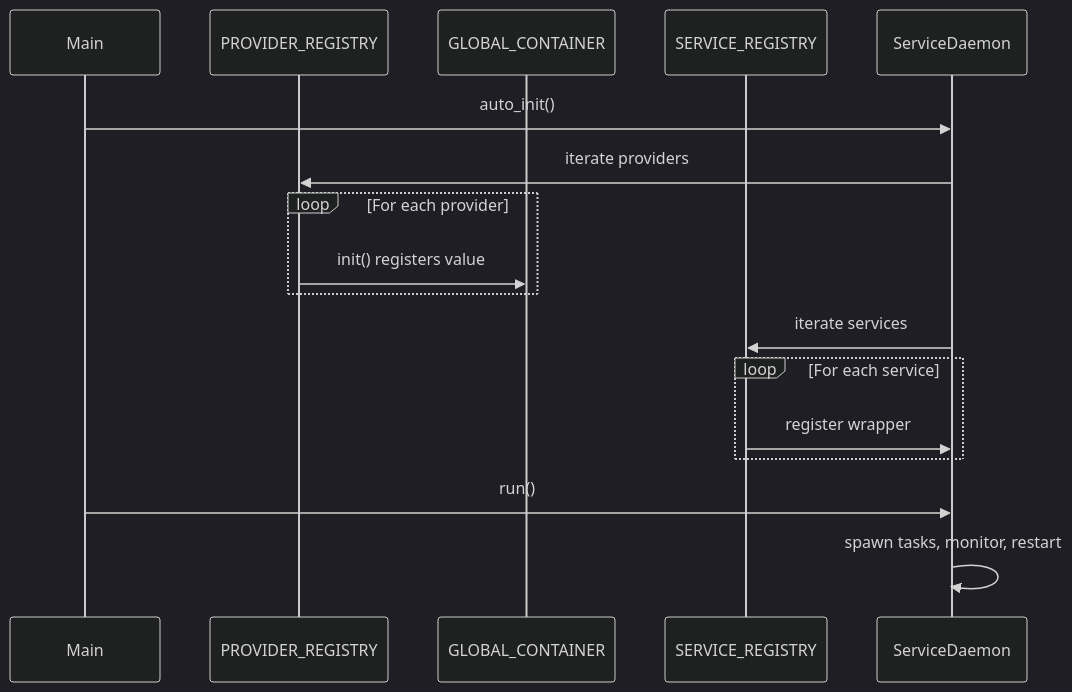
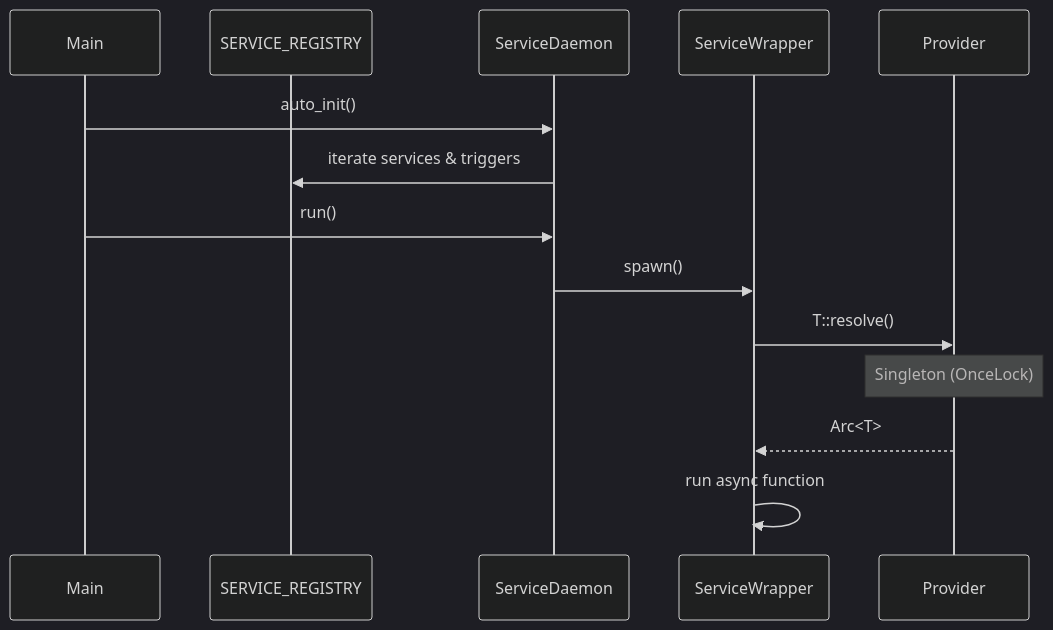
One commit to loft-games/service-daemon-rs changed the diagram in README.md. Above: the diagram before and after it, drawn with Mermaid (dark theme). The commit also changed other lines of this file and 16 other files, not shown here.

Commit message:
refactor: Migrate to type-based dependency injection, remove explicit provider registry, and unify triggers as services.

````diff
--- a/README.md
+++ b/README.md
@@ -85,20 +103,17 @@
 ```mermaid
 sequenceDiagram
     participant Main
-    participant PROVIDER_REGISTRY
-    participant GLOBAL_CONTAINER
     participant SERVICE_REGISTRY
     participant ServiceDaemon
+    participant ServiceWrapper
+    participant Provider
 
     Main->>ServiceDaemon: auto_init()
-    ServiceDaemon->>PROVIDER_REGISTRY: iterate providers
-    loop For each provider
-        PROVIDER_REGISTRY->>GLOBAL_CONTAINER: init() registers value
-    end
-    ServiceDaemon->>SERVICE_REGISTRY: iterate services
-    loop For each service
-        SERVICE_REGISTRY->>ServiceDaemon: register wrapper
-    end
+    ServiceDaemon->>SERVICE_REGISTRY: iterate services & triggers
     Main->>ServiceDaemon: run()
-    ServiceDaemon->>ServiceDaemon: spawn tasks, monitor, restart
+    ServiceDaemon->>ServiceWrapper: spawn()
+    ServiceWrapper->>Provider: T::resolve()
+    Note over Provider: Singleton (OnceLock)
+    Provider-->>ServiceWrapper: Arc<T>
+    ServiceWrapper->>ServiceWrapper: run async function
 ```
````
